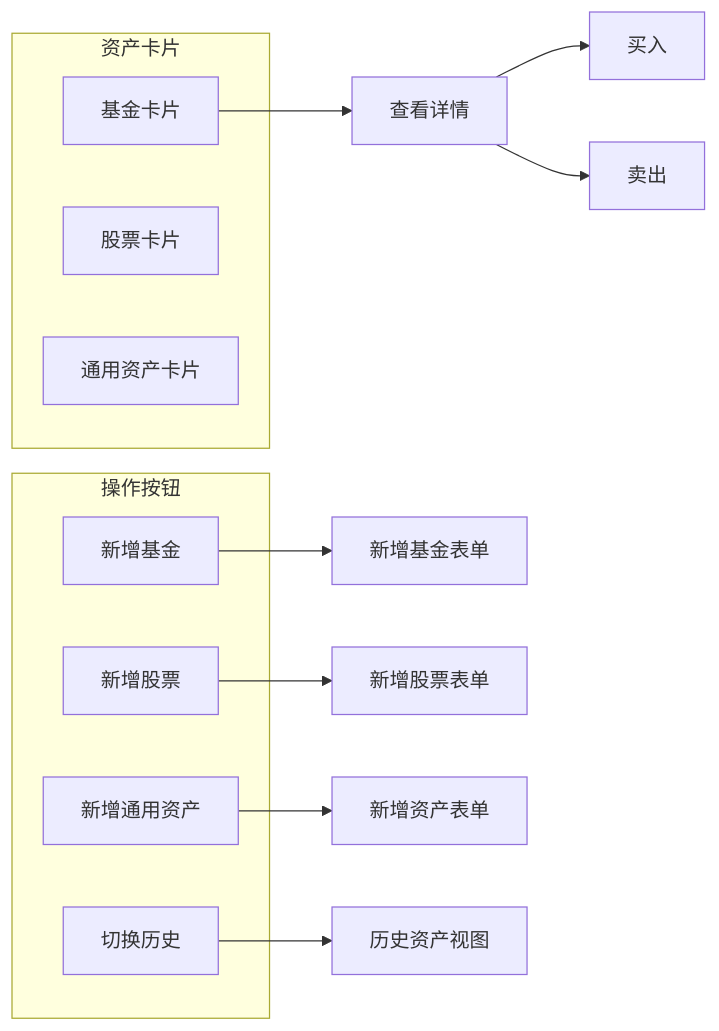
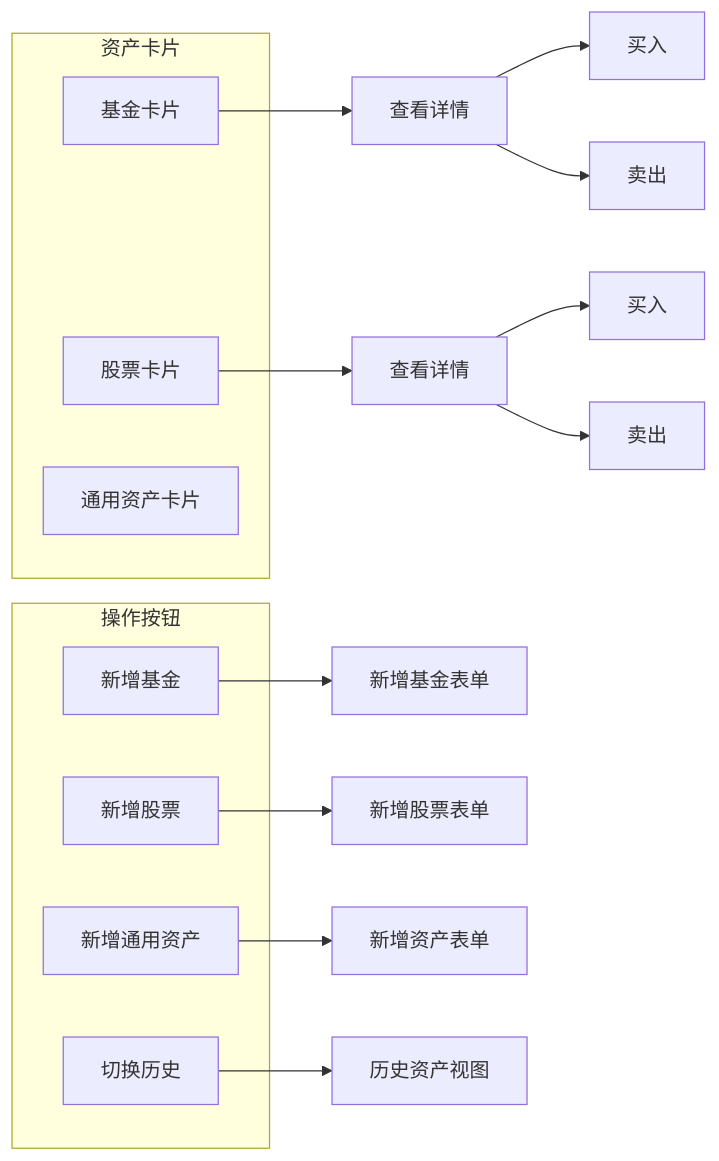
Before and after one commit to xiao-lin-unit/yuan: the tenth of 11 diagrams in .qoder/repowiki/zh/content/资产管理/基金管理.md, drawn with Mermaid. The commit also changed other lines of this file and 37 other files, not shown here.

````diff
--- a/.qoder/repowiki/zh/content/资产管理/基金管理.md
+++ b/.qoder/repowiki/zh/content/资产管理/基金管理.md
@@ -402,21 +621,24 @@
 ```mermaid
 graph LR
 subgraph "资产卡片"
 FundCard[基金卡片]
 StockCard[股票卡片]
 AssetCard[通用资产卡片]
 end
 subgraph "操作按钮"
 AddFund[新增基金]
 AddStock[新增股票]
 AddAsset[新增通用资产]
 ToggleHistory[切换历史]
 end
 FundCard --> FundDetail[查看详情]
+StockCard --> StockDetail[查看详情]
 FundDetail --> BuyFund[买入]
 FundDetail --> SellFund[卖出]
+StockDetail --> BuyStock[买入]
+StockDetail --> SellStock[卖出]
 AddFund --> FundForm[新增基金表单]
 AddStock --> StockForm[新增股票表单]
 AddAsset --> AssetForm[新增资产表单]
 ToggleHistory --> HistoryView[历史资产视图]
 ```
````
